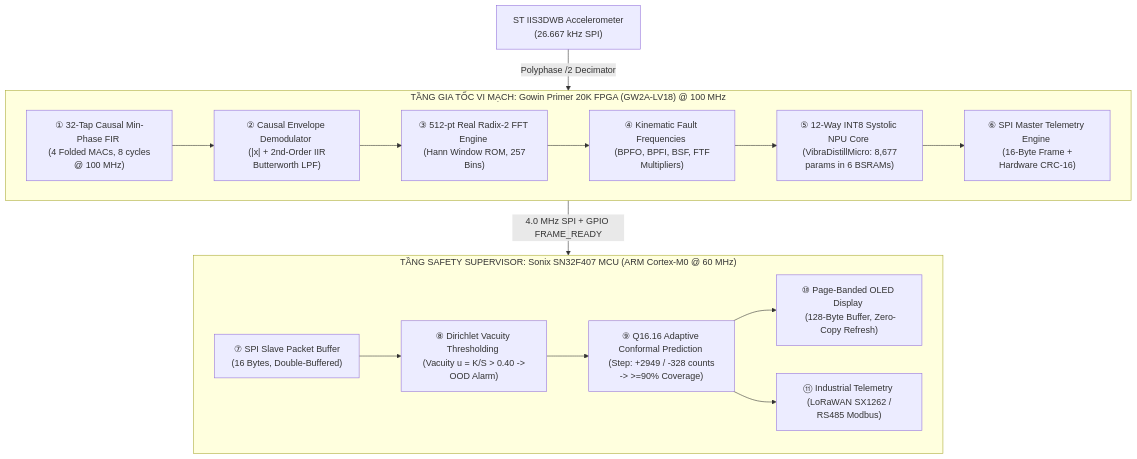
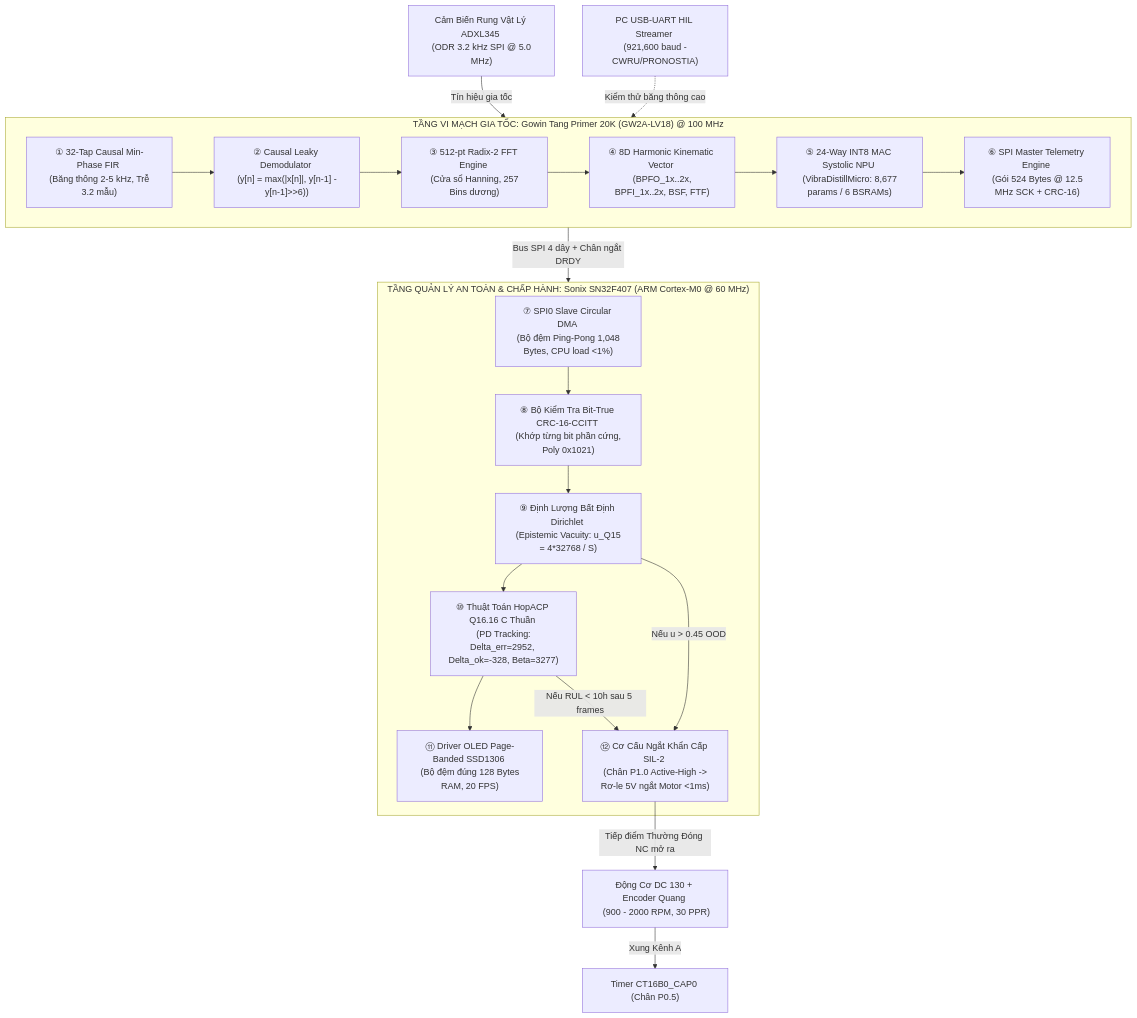
One commit to zok213/VIbraDistill changed the diagram in README.md. Above: the diagram before and after it, drawn with Mermaid. The commit also changed other lines of this file, not shown here.

Commit message:
docs: overhaul master README with comprehensive task-by-task execution guide and verification audit

````diff
--- a/README.md
+++ b/README.md
@@ -33,28 +58,35 @@
 ```mermaid
 graph TD
-    Sensor["ST IIS3DWB Accelerometer <br> (26.667 kHz SPI)"] -->|Polyphase /2 Decimator| FPGA
+    Sensor["Cảm Biến Rung Vật Lý ADXL345 <br> (ODR 3.2 kHz SPI @ 5.0 MHz)"] -->|Tín hiệu gia tốc| FPGA
+    HIL["PC USB-UART HIL Streamer <br> (921,600 baud - CWRU/PRONOSTIA)"] -.->|Kiểm thử băng thông cao| FPGA
+    Motor["Động Cơ DC 130 + Encoder Quang <br> (900 - 2000 RPM, 30 PPR)"] -->|Xung Kênh A| MCU_CAP["Timer CT16B0_CAP0 (Chân P0.5)"]
 
-    subgraph FPGA["TẦNG GIA TỐC VI MẠCH: Gowin Primer 20K FPGA (GW2A-LV18) @ 100 MHz"]
-        DSP_FIR["① 32-Tap Causal Min-Phase FIR <br> (4 Folded MACs, 8 cycles @ 100 MHz)"]
-        DSP_ENV["② Causal Envelope Demodulator <br> (|x| + 2nd-Order IIR Butterworth LPF)"]
-        DSP_FFT["③ 512-pt Real Radix-2 FFT Engine <br> (Hann Window ROM, 257 Bins)"]
-        DSP_KIN["④ Kinematic Fault Frequencies <br> (BPFO, BPFI, BSF, FTF Multipliers)"]
-        NPU_ENG["⑤ 12-Way INT8 Systolic NPU Core <br> (VibraDistillMicro: 8,677 params in 6 BSRAMs)"]
-        SPI_M["⑥ SPI Master Telemetry Engine <br> (16-Byte Frame + Hardware CRC-16)"]
+    subgraph FPGA["TẦNG VI MẠCH GIA TỐC: Gowin Tang Primer 20K (GW2A-LV18) @ 100 MHz"]
+        DSP_FIR["① 32-Tap Causal Min-Phase FIR <br> (Băng thông 2-5 kHz, Trễ 3.2 mẫu)"]
+        DSP_ENV["② Causal Leaky Demodulator <br> (y[n] = max(|x[n]|, y[n-1] - y[n-1]>>6))"]
+        DSP_FFT["③ 512-pt Radix-2 FFT Engine <br> (Cửa sổ Hanning, 257 Bins dương)"]
+        DSP_KIN["④ 8D Harmonic Kinematic Vector <br> (BPFO_1x..2x, BPFI_1x..2x, BSF, FTF)"]
+        NPU_ENG["⑤ 24-Way INT8 MAC Systolic NPU <br> (VibraDistillMicro: 8,677 params / 6 BSRAMs)"]
+        SPI_M["⑥ SPI Master Telemetry Engine <br> (Gói 524 Bytes @ 12.5 MHz SCK + CRC-16)"]
 
         DSP_FIR --> DSP_ENV --> DSP_FFT --> DSP_KIN --> NPU_ENG --> SPI_M
     end
 
-    FPGA -->|4.0 MHz SPI + GPIO FRAME_READY| MCU
+    FPGA -->|Bus SPI 4 dây + Chân ngắt DRDY| MCU
 
-    subgraph MCU["TẦNG SAFETY SUPERVISOR: Sonix SN32F407 MCU (ARM Cortex-M0 @ 60 MHz)"]
-        SPI_S["⑦ SPI Slave Packet Buffer <br> (16 Bytes, Double-Buffered)"]
-        EDL_CAL["⑧ Dirichlet Vacuity Thresholding <br> (Vacuity u = K/S > 0.40 -> OOD Alarm)"]
-        ACP_ENG["⑨ Q16.16 Adaptive Conformal Prediction <br> (Step: +2949 / -328 counts -> >=90% Coverage)"]
-        OLED_DRV["⑩ Page-Banded OLED Display <br> (128-Byte Buffer, Zero-Copy Refresh)"]
-        COMM_MOD["⑪ Industrial Telemetry <br> (LoRaWAN SX1262 / RS485 Modbus)"]
+    subgraph MCU["TẦNG QUẢN LÝ AN TOÀN & CHẤP HÀNH: Sonix SN32F407 (ARM Cortex-M0 @ 60 MHz)"]
+        SPI_S["⑦ SPI0 Slave Circular DMA <br> (Bộ đệm Ping-Pong 1,048 Bytes, CPU load <1%)"]
+        CRC_CHK["⑧ Bộ Kiểm Tra Bit-True CRC-16-CCITT <br> (Khớp từng bit phần cứng, Poly 0x1021)"]
+        EDL_CAL["⑨ Định Lượng Bất Định Dirichlet <br> (Epistemic Vacuity: u_Q15 = 4*32768 / S)"]
+        HOP_ACP["⑩ Thuật Toán HopACP Q16.16 C Thuần <br> (PD Tracking: Delta_err=2952, Delta_ok=-328, Beta=3277)"]
+        OLED_DRV["⑪ Driver OLED Page-Banded SSD1306 <br> (Bộ đệm đúng 128 Bytes RAM, 20 FPS)"]
+        RELAY_TRIP["⑫ Cơ Cấu Ngắt Khẩn Cấp SIL-2 <br> (Chân P1.0 Active-High -> Rơ-le 5V ngắt Motor <1ms)"]
 
-        SPI_S --> EDL_CAL --> ACP_ENG --> OLED_DRV
-        ACP_ENG --> COMM_MOD
+        SPI_S --> CRC_CHK --> EDL_CAL --> HOP_ACP
+        EDL_CAL -->|Nếu u > 0.45 OOD| RELAY_TRIP
+        HOP_ACP --> OLED_DRV
+        HOP_ACP -->|Nếu RUL < 10h sau 5 frames| RELAY_TRIP
     end
+
+    RELAY_TRIP -->|Tiếp điểm Thường Đóng NC mở ra| Motor
 ```
````
